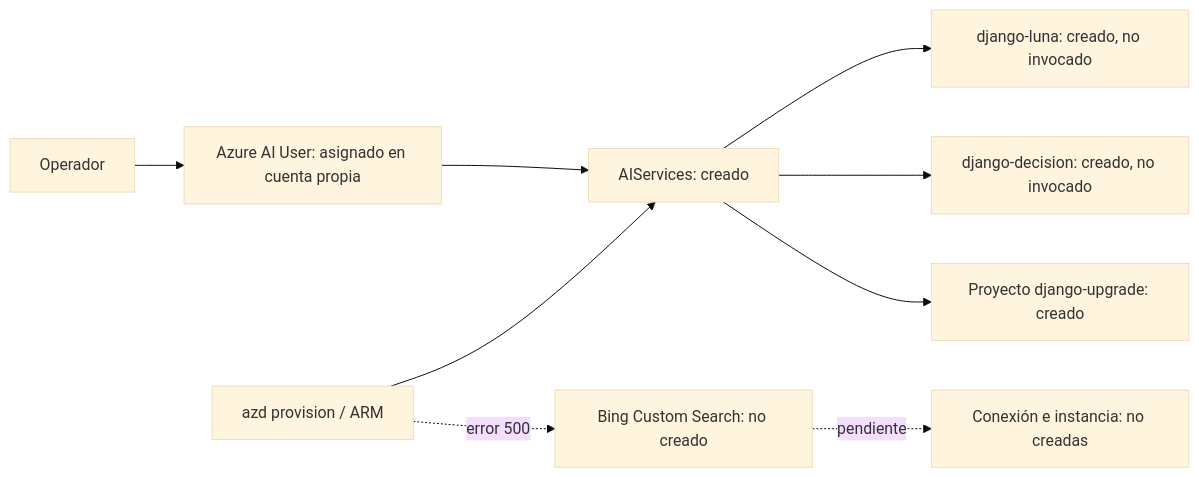
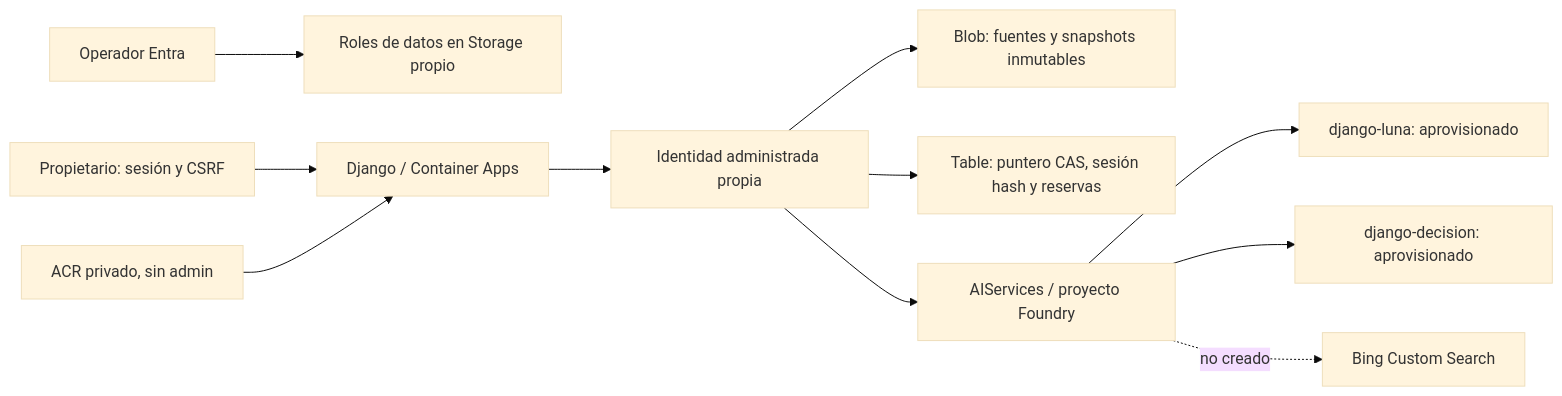
One commit to sboludaf/foundry-django-upgrade-evidence-lab changed the diagram in docs/architecture.md. Above: the diagram before and after it, drawn with Mermaid (base theme). The commit also changed other lines of this file and 30 other files, not shown here.

````diff
--- a/docs/architecture.md
+++ b/docs/architecture.md
@@ -3,11 +7,13 @@
 ```mermaid
 flowchart LR
-  ARM[azd provision / ARM] --> A[AIServices: creado]
-  A --> L[django-luna: creado, no invocado]
-  A --> D[django-decision: creado, no invocado]
-  A --> P[Proyecto django-upgrade: creado]
-  O[Operador] --> R[Azure AI User: asignado en cuenta propia]
-  R --> A
-  ARM -. error 500 .-> B[Bing Custom Search: no creado]
-  B -. pendiente .-> C[Conexión e instancia: no creadas]
+  O[Operador Entra] --> RB[Roles de datos en Storage propio]
+  U[Propietario: sesión y CSRF] --> W[Django / Container Apps]
+  R[ACR privado, sin admin] --> W
+  W --> MI[Identidad administrada propia]
+  MI --> S[Blob: fuentes y snapshots inmutables]
+  MI --> T[Table: puntero CAS, sesión hash y reservas]
+  MI --> A[AIServices / proyecto Foundry]
+  A --> L[django-luna: aprovisionado]
+  A --> D[django-decision: aprovisionado]
+  A -. no creado .-> B[Bing Custom Search]
 ```
````
